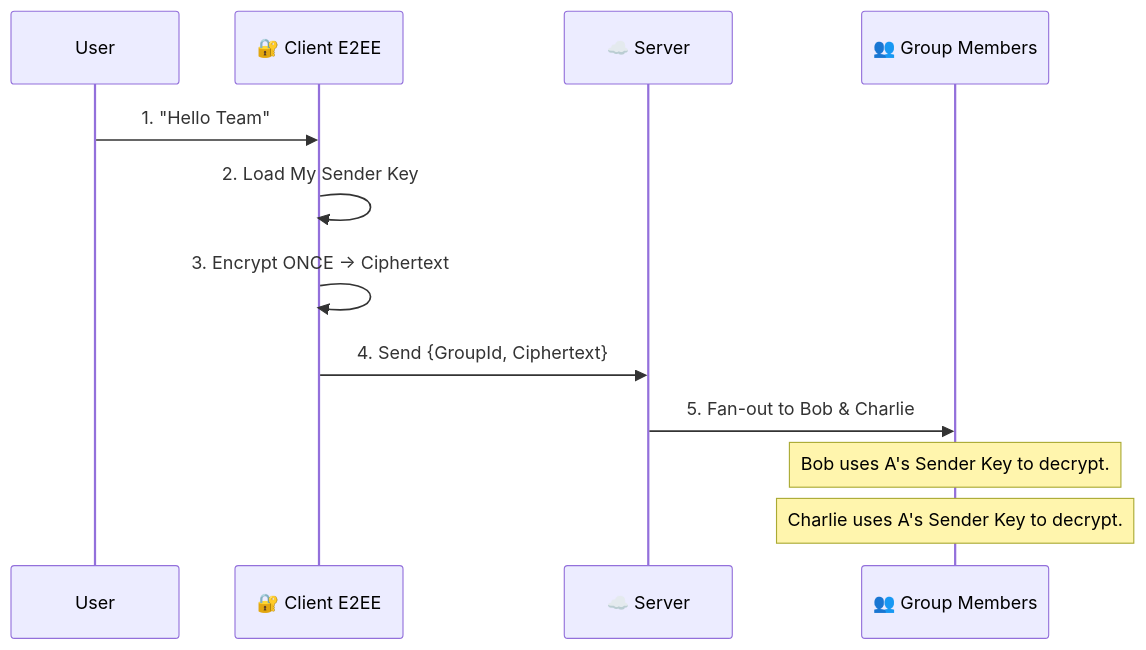
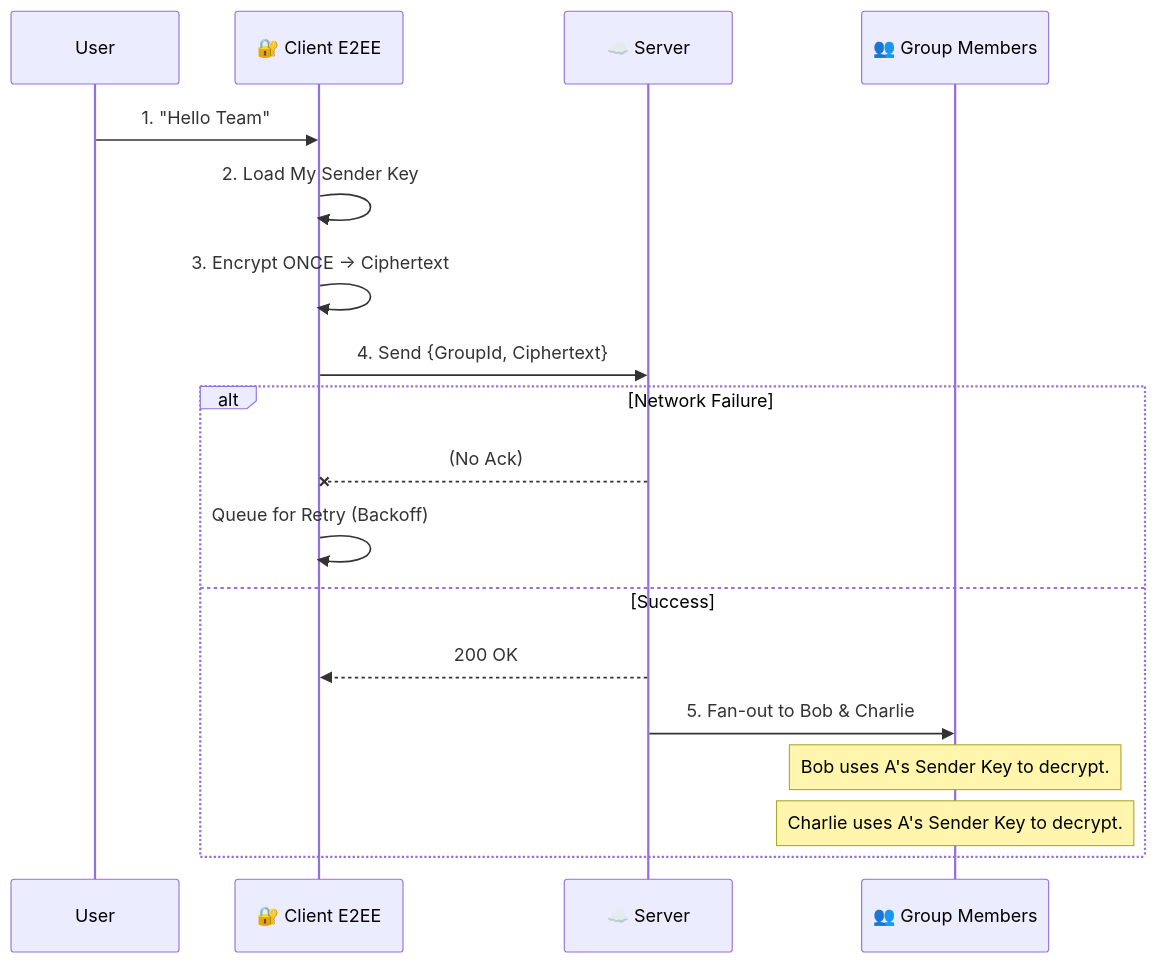
One commit to pingappduniya-oss/Ping-App-Complete-Use-Case-Flows-Technical-Deep-Dive- changed the tenth of 18 diagrams in CompleteUseCaseFlows.md. Above: the diagram before and after it, drawn with Mermaid. The commit also changed other lines of this file, not shown here.

````diff
--- a/CompleteUseCaseFlows.md
+++ b/CompleteUseCaseFlows.md
@@ -282,17 +288,24 @@
 ```mermaid
 sequenceDiagram
     participant User
     participant E2EE as 🔐 Client E2EE
     participant Server as ☁️ Server
     participant Group as 👥 Group Members
 
     User->>E2EE: 1. "Hello Team"
     E2EE->>E2EE: 2. Load My Sender Key
     E2EE->>E2EE: 3. Encrypt ONCE -> Ciphertext
     
     E2EE->>Server: 4. Send {GroupId, Ciphertext}
-    Server->>Group: 5. Fan-out to Bob & Charlie
     
-    Note over Group: Bob uses A's Sender Key to decrypt.
-    Note over Group: Charlie uses A's Sender Key to decrypt.
+    alt Network Failure
+        Server--xE2EE: (No Ack)
+        E2EE->>E2EE: Queue for Retry (Backoff)
+    else Success
+        Server-->>E2EE: 200 OK
+        Server->>Group: 5. Fan-out to Bob & Charlie
+        
+        Note over Group: Bob uses A's Sender Key to decrypt.
+        Note over Group: Charlie uses A's Sender Key to decrypt.
+    end
 ```
````
